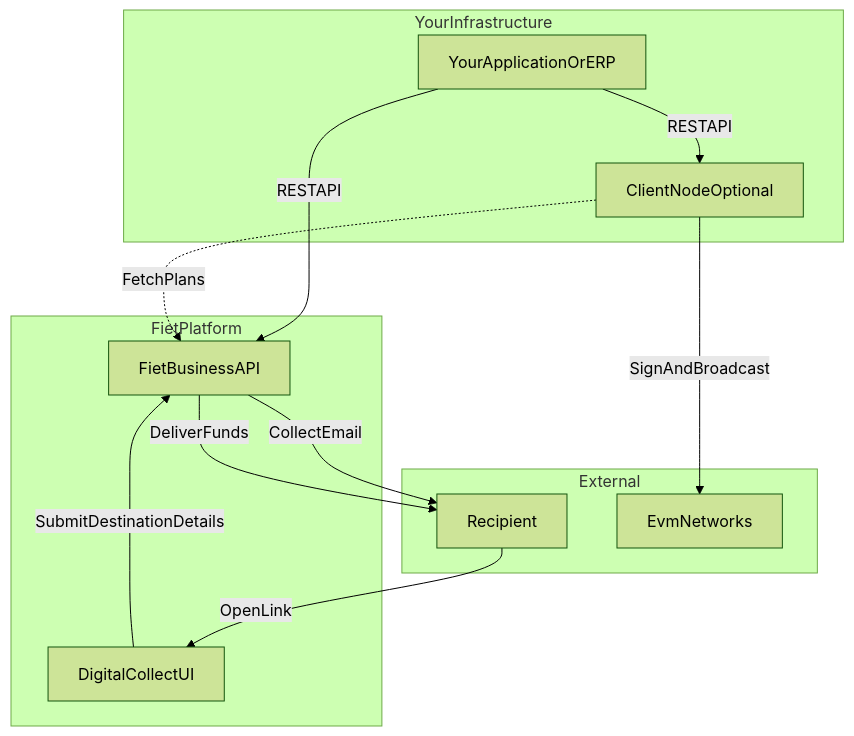
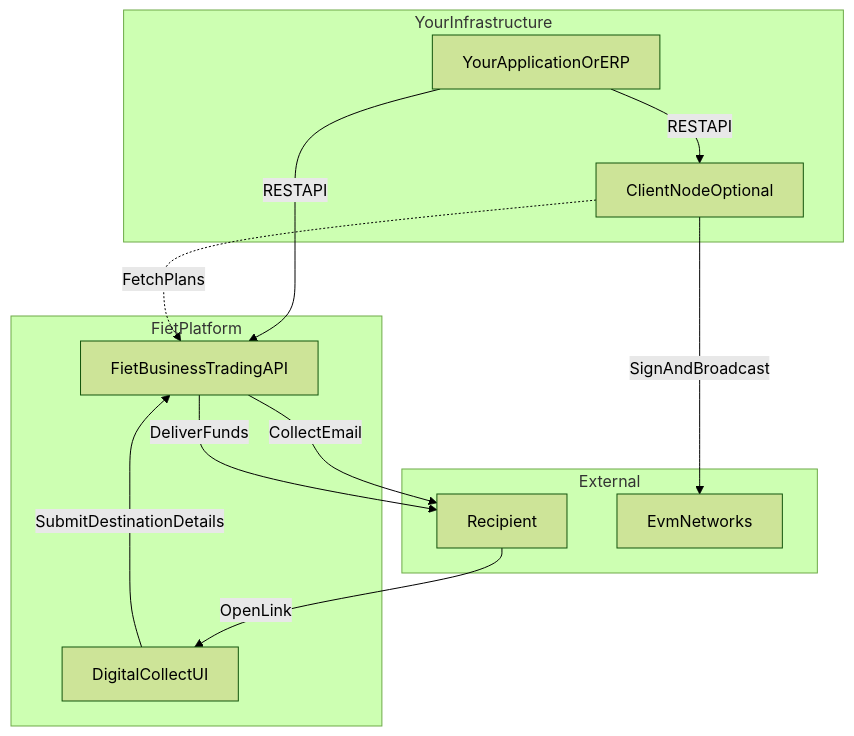
Before and after one commit to usherlabs/fiet-public: the first of 5 diagrams in docs/web/business/architecture.mdx, drawn with Mermaid (forest theme). The commit also changed other lines of this file and 10 other files, not shown here.

Commit message:
rename business api to trading api

````diff
--- a/docs/web/business/architecture.mdx
+++ b/docs/web/business/architecture.mdx
@@ -12,27 +12,27 @@
 ```mermaid
 graph TB
     subgraph yourInfra["YourInfrastructure"]
         App["YourApplicationOrERP"]
         ClientNode["ClientNodeOptional"]
     end
 
     subgraph fietPlatform["FietPlatform"]
-        BusinessApi["FietBusinessAPI"]
+        BusinessApi["FietBusinessTradingAPI"]
         DigitalCollectUi["DigitalCollectUI"]
     end
 
     subgraph external["External"]
         Recipient["Recipient"]
         Chain["EvmNetworks"]
     end
 
     App -->|"RESTAPI"| BusinessApi
     App -->|"RESTAPI"| ClientNode
     ClientNode -.->|"FetchPlans"| BusinessApi
     ClientNode -->|"SignAndBroadcast"| Chain
 
     BusinessApi -->|"CollectEmail"| Recipient
     Recipient -->|"OpenLink"| DigitalCollectUi
     DigitalCollectUi -->|"SubmitDestinationDetails"| BusinessApi
     BusinessApi -->|"DeliverFunds"| Recipient
 ```
````
